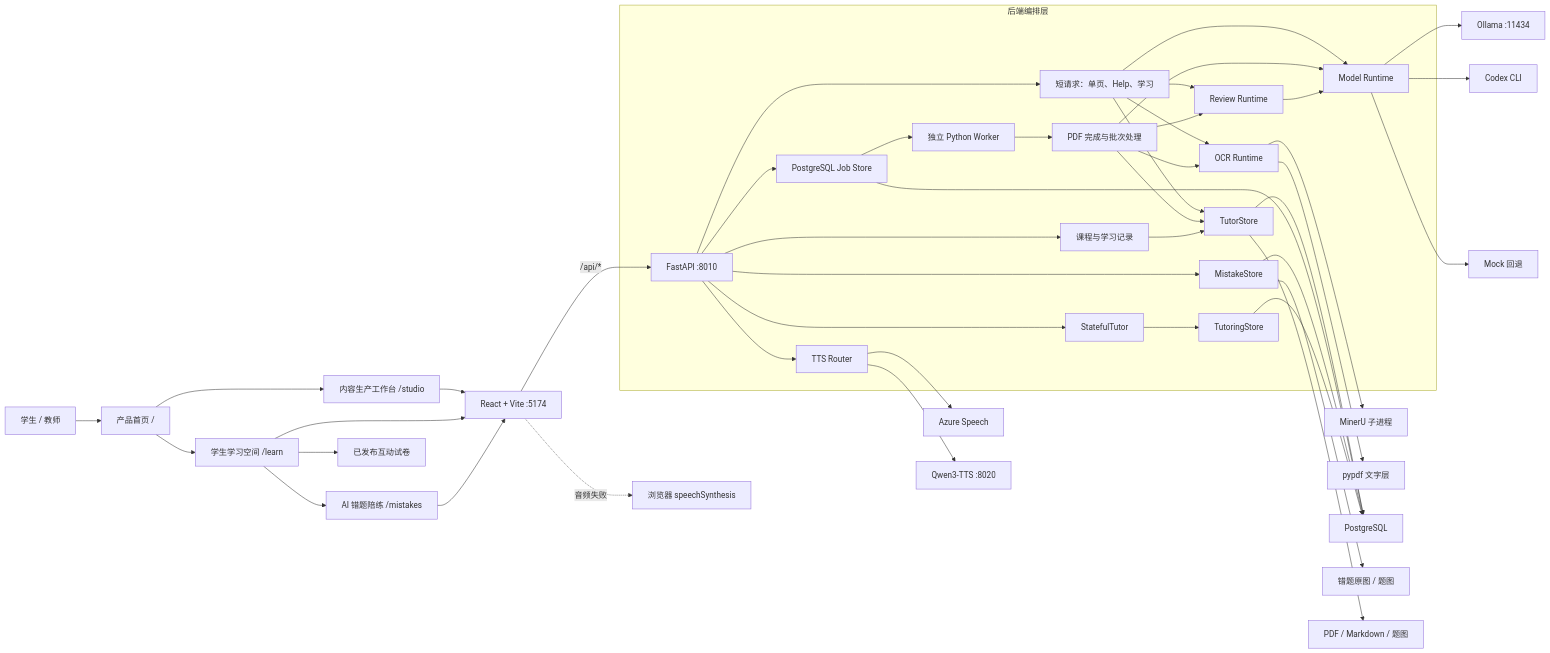
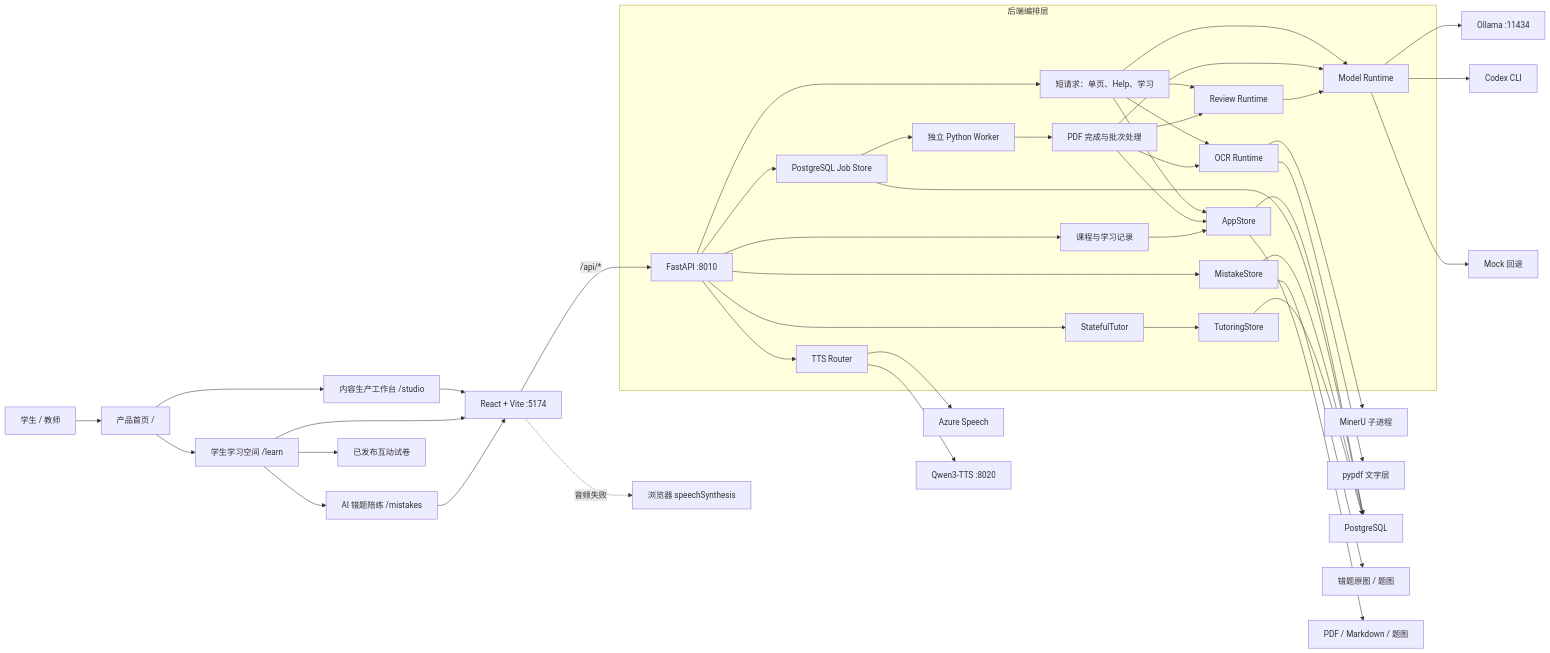
Before and after one commit to ningkaikok/dotty-tutor: the first of 5 diagrams in docs/architecture.md, drawn with Mermaid. The commit also changed other lines of this file and 141 other files, not shown here.

````diff
--- a/docs/architecture.md
+++ b/docs/architecture.md
@@ -12,49 +12,49 @@
 ```mermaid
 flowchart LR
   User["学生 / 教师"] --> Home["产品首页 /"]
   Home --> Student["学生学习空间 /learn"]
   Home --> Studio["内容生产工作台 /studio"]
   Student --> Mistakes["AI 错题陪练 /mistakes"]
   Student --> Papers["已发布互动试卷"]
   Studio --> Web["React + Vite :5174"]
   Student --> Web
   Mistakes --> Web
   Web -->|"/api/*"| API["FastAPI :8010"]
 
   subgraph Backend["后端编排层"]
     API --> Pipeline["短请求：单页、Help、学习"]
     API --> JobStore["PostgreSQL Job Store"]
     JobStore --> Worker["独立 Python Worker"]
     Worker --> Processing["PDF 完成与批次处理"]
     API --> Learning["课程与学习记录"]
     Pipeline --> OCR["OCR Runtime"]
     Pipeline --> Model["Model Runtime"]
     Pipeline --> Review["Review Runtime"]
-    Pipeline --> Store["TutorStore"]
+    Pipeline --> Store["AppStore"]
     Processing --> OCR
     Processing --> Model
     Processing --> Review
     Processing --> Store
     Learning --> Store
     API --> TTS["TTS Router"]
     API --> MistakeStore["MistakeStore"]
     API --> Tutor["StatefulTutor"]
     Tutor --> ThreadStore["TutoringStore"]
     Review --> Model
   end
 
   OCR --> MinerU["MinerU 子进程"]
   OCR --> PyPDF["pypdf 文字层"]
   Model --> Ollama["Ollama :11434"]
   Model --> Codex["Codex CLI"]
   Model --> Mock["Mock 回退"]
   Store --> PostgreSQL["PostgreSQL"]
   JobStore --> PostgreSQL
   MistakeStore --> PostgreSQL
   ThreadStore --> PostgreSQL
   MistakeStore --> MistakeFiles["错题原图 / 题图"]
   Store --> Files["PDF / Markdown / 题图"]
   TTS --> Azure["Azure Speech"]
   TTS --> Qwen["Qwen3-TTS :8020"]
   Web -. "音频失败" .-> BrowserTTS["浏览器 speechSynthesis"]
 ```
````
